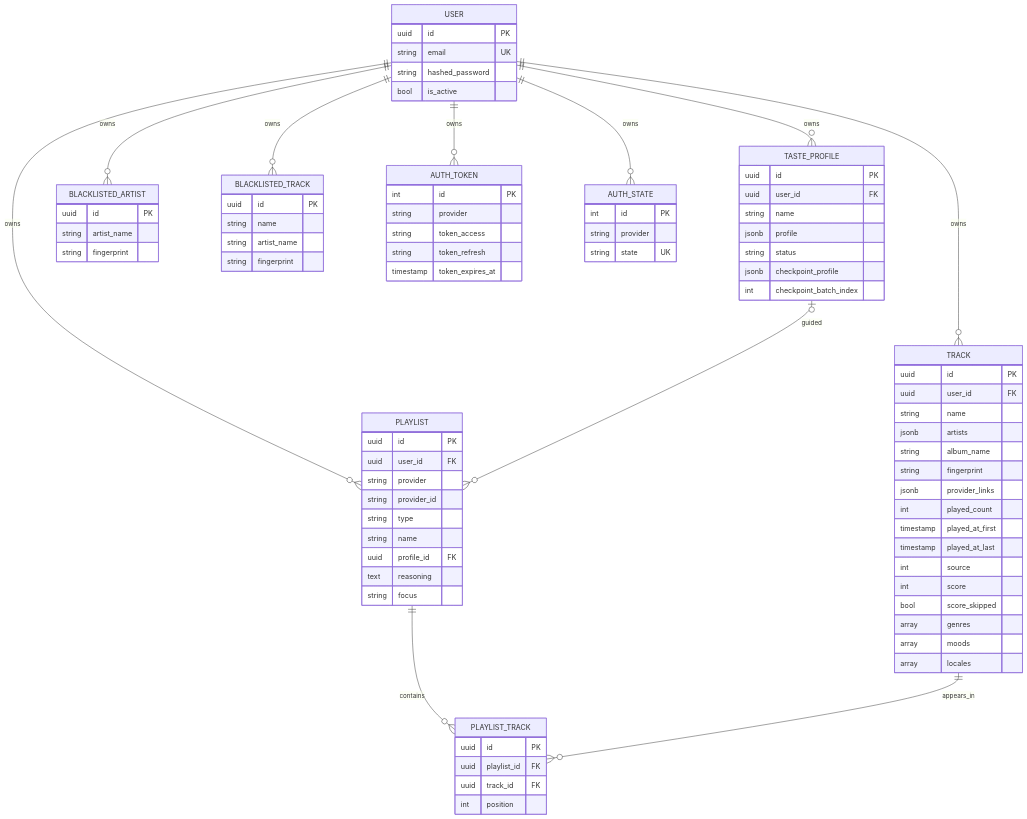
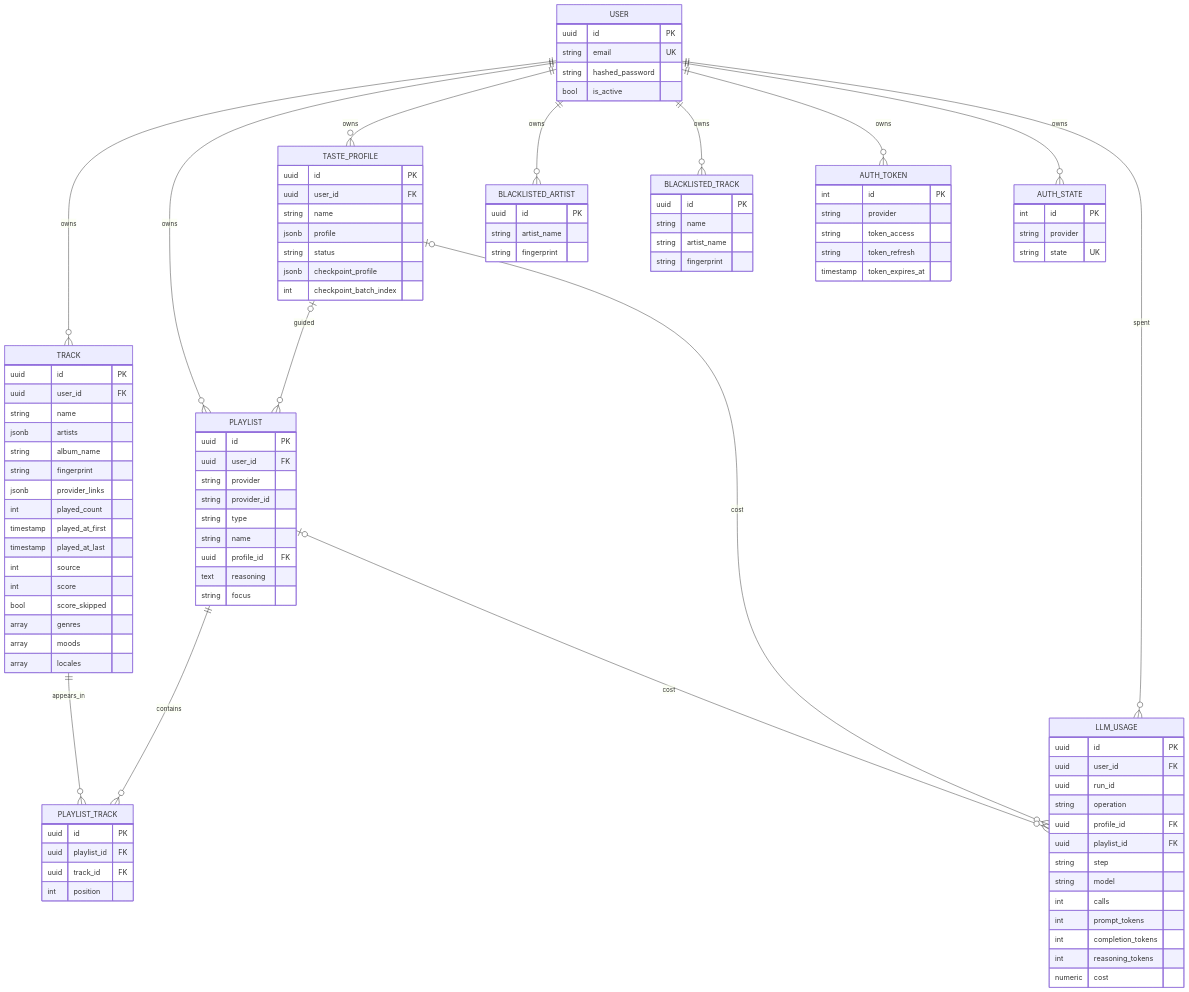
One commit to ychab/museflow changed the diagram in docs/technical/data-model.md. Above: the diagram before and after it, drawn with Mermaid. The commit also changed other lines of this file and 27 other files, not shown here.

First line of the commit message:
feat(llm): record the cost of each command

````diff
--- a/docs/technical/data-model.md
+++ b/docs/technical/data-model.md
@@ -11,9 +11,12 @@
     USER ||--o{ BLACKLISTED_TRACK : owns
     USER ||--o{ AUTH_TOKEN : owns
     USER ||--o{ AUTH_STATE : owns
+    USER ||--o{ LLM_USAGE : spent
     PLAYLIST ||--o{ PLAYLIST_TRACK : contains
     TRACK ||--o{ PLAYLIST_TRACK : appears_in
     TASTE_PROFILE |o--o{ PLAYLIST : guided
+    TASTE_PROFILE |o--o{ LLM_USAGE : cost
+    PLAYLIST |o--o{ LLM_USAGE : cost
 
     USER {
         uuid id PK
@@ -88,4 +91,19 @@
         string provider
         string state UK
     }
+    LLM_USAGE {
+        uuid id PK
+        uuid user_id FK
+        uuid run_id
+        string operation
+        uuid profile_id FK
+        uuid playlist_id FK
+        string step
+        string model
+        int calls
+        int prompt_tokens
+        int completion_tokens
+        int reasoning_tokens
+        numeric cost
+    }
 ```
````
